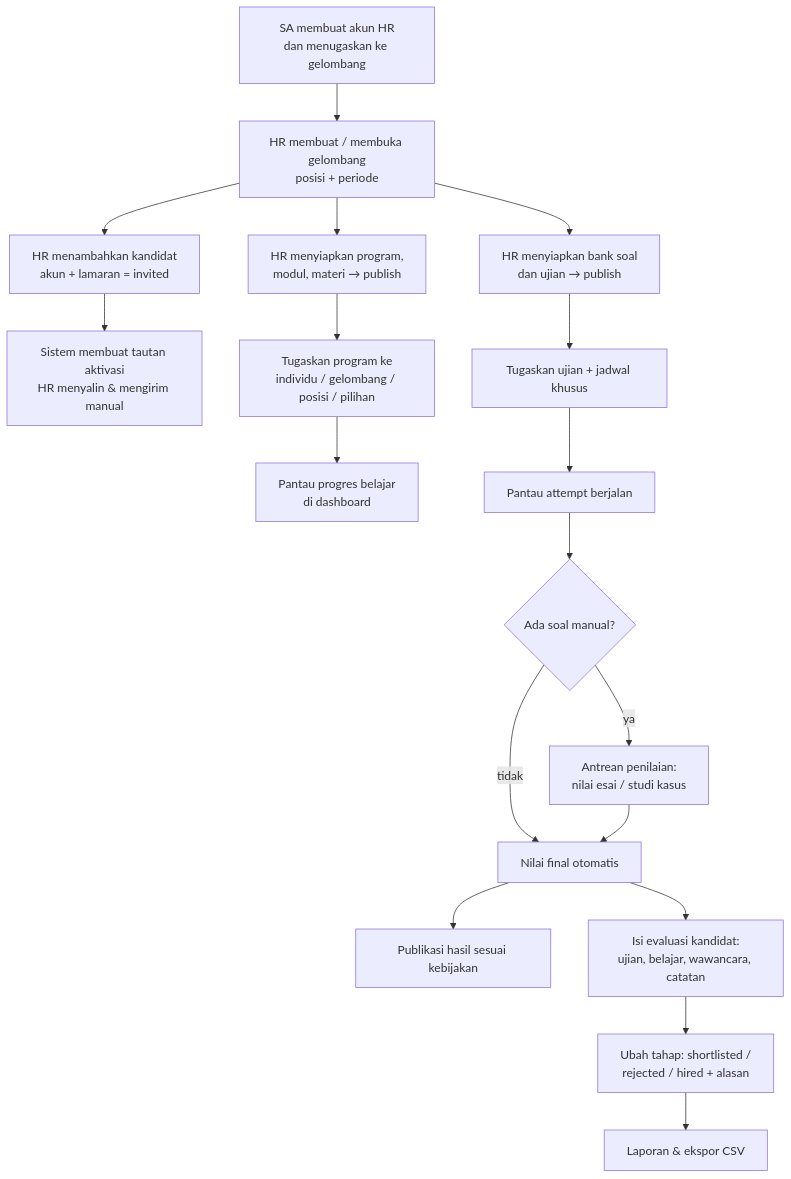
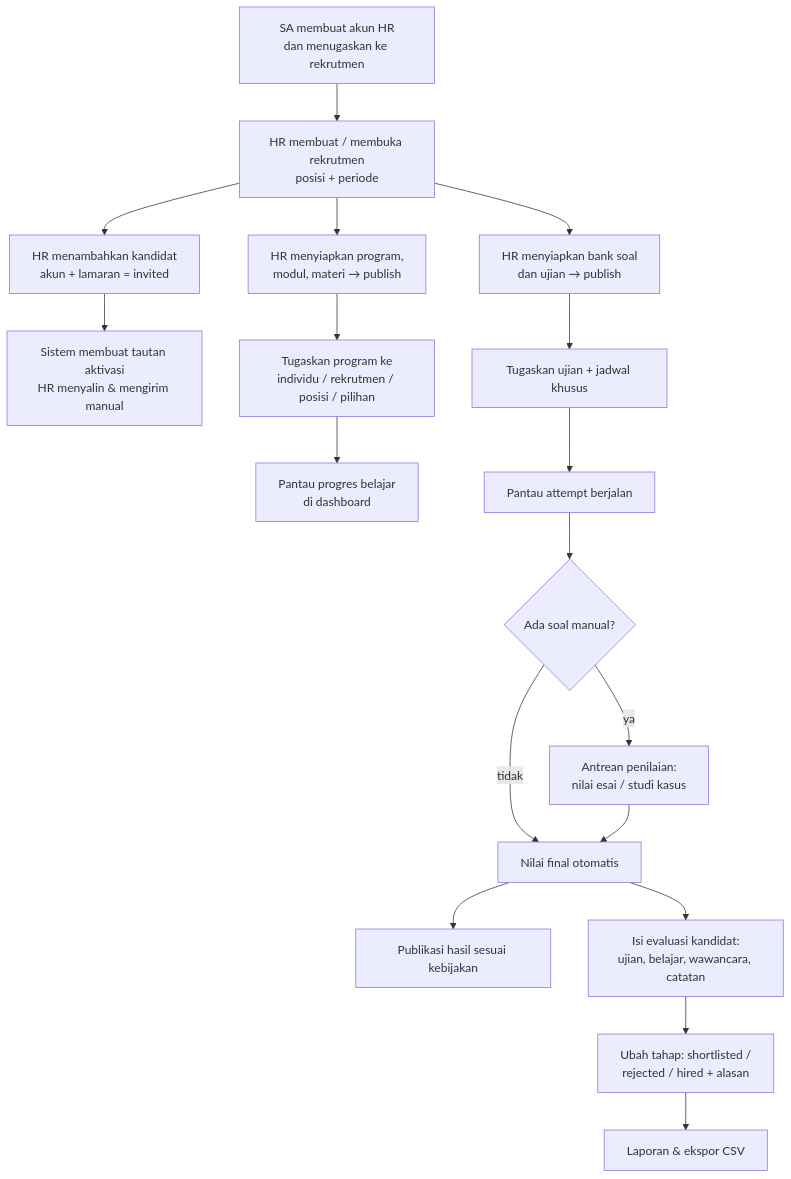
The tenth of 11 diagrams in docs/tahap-1.md (ilham0108/learning-apps), drawn with Mermaid before and after one commit. The commit also changed other lines of this file and 161 other files, not shown here.

````diff
--- a/docs/tahap-1.md
+++ b/docs/tahap-1.md
@@ -891,20 +892,20 @@
 ```mermaid
 flowchart TD
-    A[SA membuat akun HR<br/>dan menugaskan ke gelombang] --> B[HR membuat / membuka gelombang<br/>posisi + periode]
+    A[SA membuat akun HR<br/>dan menugaskan ke rekrutmen] --> B[HR membuat / membuka rekrutmen<br/>posisi + periode]
     B --> C[HR menambahkan kandidat<br/>akun + lamaran = invited]
     C --> D[Sistem membuat tautan aktivasi<br/>HR menyalin & mengirim manual]
     B --> E[HR menyiapkan program,<br/>modul, materi → publish]
     B --> F[HR menyiapkan bank soal<br/>dan ujian → publish]
-    E --> G[Tugaskan program ke<br/>individu / gelombang / posisi / pilihan]
+    E --> G[Tugaskan program ke<br/>individu / rekrutmen / posisi / pilihan]
     F --> H[Tugaskan ujian + jadwal khusus]
     G --> I[Pantau progres belajar<br/>di dashboard]
     H --> J[Pantau attempt berjalan]
     J --> K{Ada soal manual?}
     K -- ya --> L[Antrean penilaian:<br/>nilai esai / studi kasus]
     K -- tidak --> M[Nilai final otomatis]
     L --> M
     M --> N[Publikasi hasil sesuai kebijakan]
     M --> O[Isi evaluasi kandidat:<br/>ujian, belajar, wawancara, catatan]
     O --> P[Ubah tahap: shortlisted /<br/>rejected / hired + alasan]
     P --> Q[Laporan & ekspor CSV]
 ```
````
